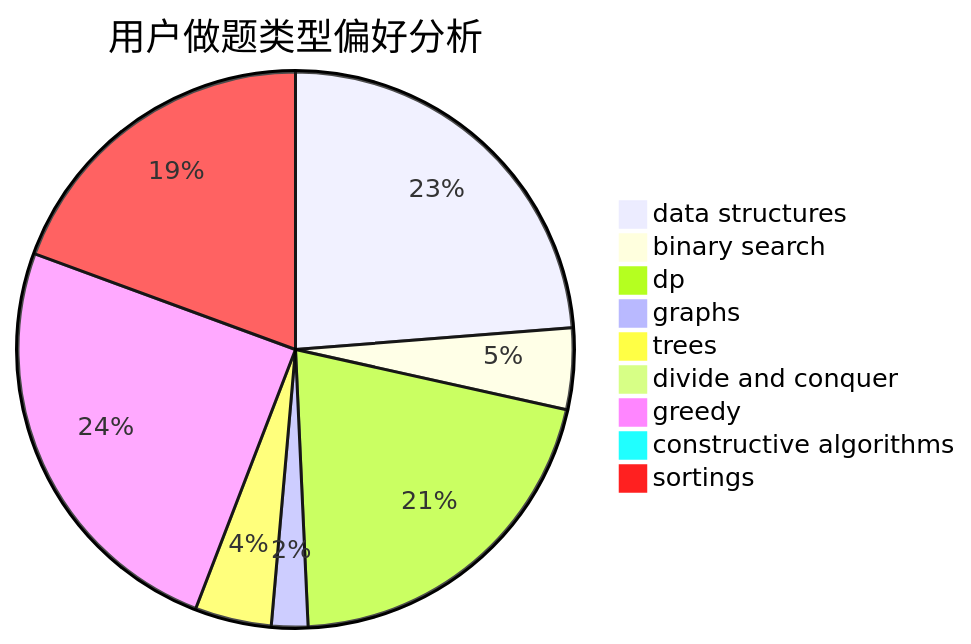
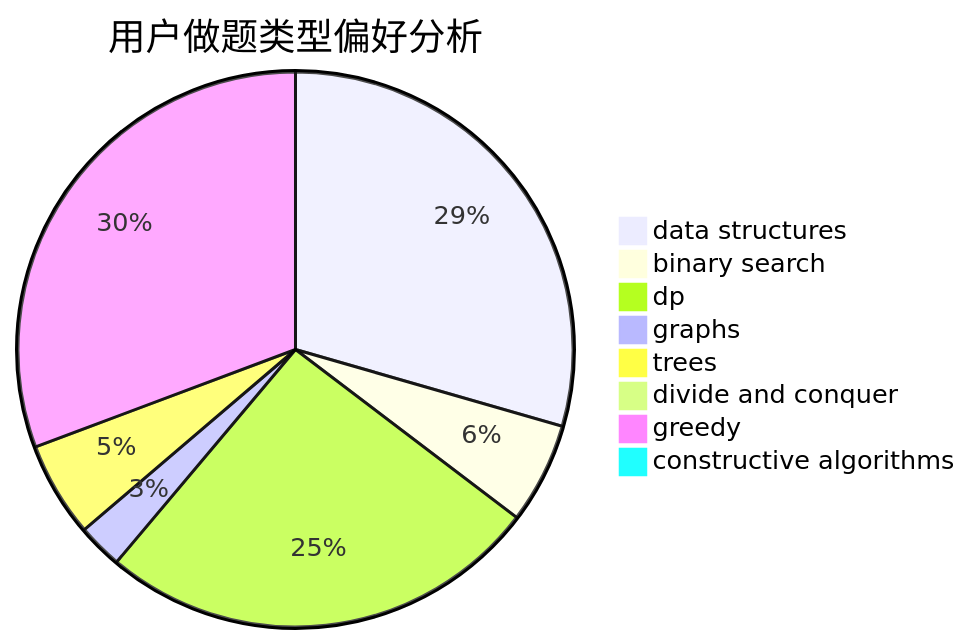
One commit to sherpahu/cfrs.github.io changed the second of 3 diagrams in docs/user/u1346.md. Above: the diagram before and after it, drawn with Mermaid. The commit also changed other lines of this file and 2769 other files, not shown here.

````diff
--- a/docs/user/u1346.md
+++ b/docs/user/u1346.md
@@ -18,12 +18,11 @@
 ```mermaid
 pie title 用户做题类型偏好分析
     "data structures" :  426
     "binary search" :  85
     "dp" :  373
     "graphs" :  38
     "trees" :  80
     "divide and conquer" :  10
     "greedy" :  444
     "constructive algorithms" :  13
-    "sortings" :  348
 ```
````
